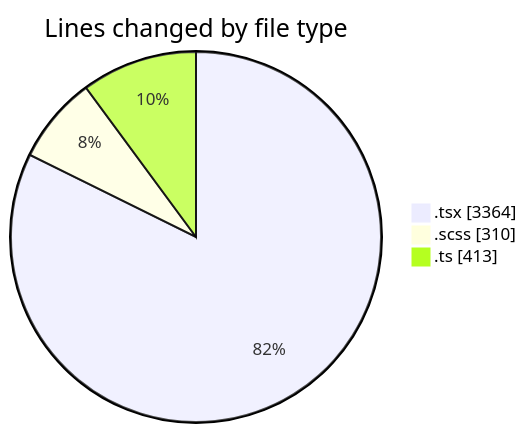
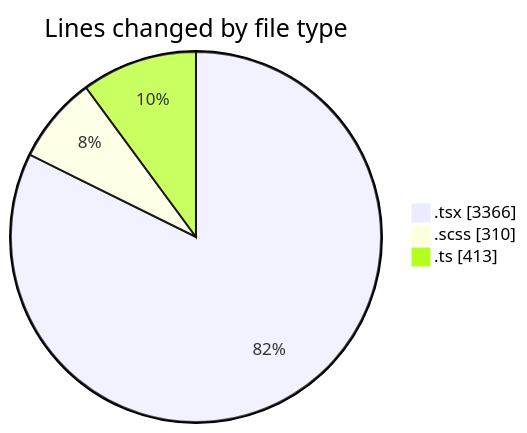
One commit to momahboobian/code-tracking changed the first of 2 diagrams in 2026-05-01/cda/README.md. Above: the diagram before and after it, drawn with Mermaid. The commit also changed other lines of this file and 1 other file, not shown here.

````diff
--- a/2026-05-01/cda/README.md
+++ b/2026-05-01/cda/README.md
@@ -62,7 +62,7 @@
 ```mermaid
 pie showData
 title Lines changed by file type
-".tsx" : 3364
+".tsx" : 3366
 ".scss" : 310
 ".ts" : 413
 ```
````
